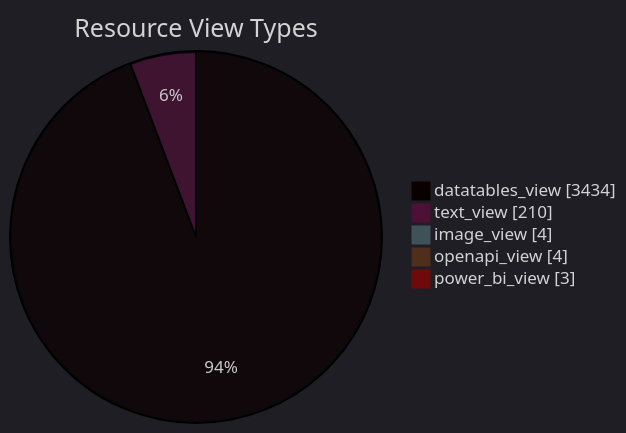
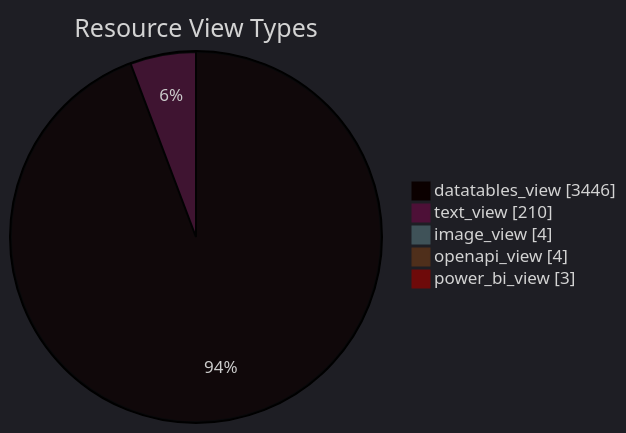
Before and after one commit to open-data/analytics-corporate-reporting: the diagram in datastore_tracker/resource_view_types_pie_chart.md, drawn with Mermaid. The commit also changed 8 other files, not shown here.

````diff
--- a/datastore_tracker/resource_view_types_pie_chart.md
+++ b/datastore_tracker/resource_view_types_pie_chart.md
@@ -2,12 +2,12 @@
 ```mermaid
 ---
 config:
   theme: dark
 ---
 pie showData title Resource View Types
-    "datatables_view": 3434
+    "datatables_view": 3446
     "text_view": 210
     "image_view": 4
     "openapi_view": 4
     "power_bi_view": 3
 ```
````
